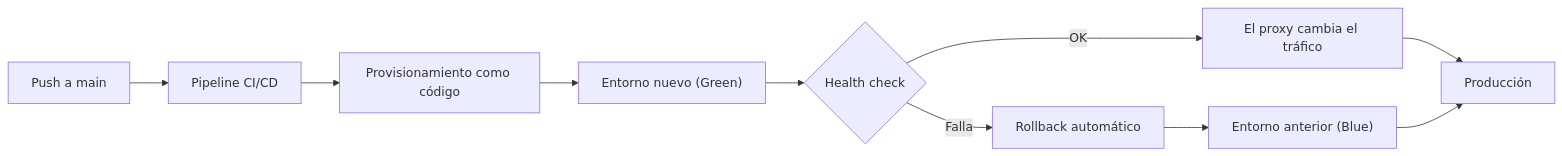
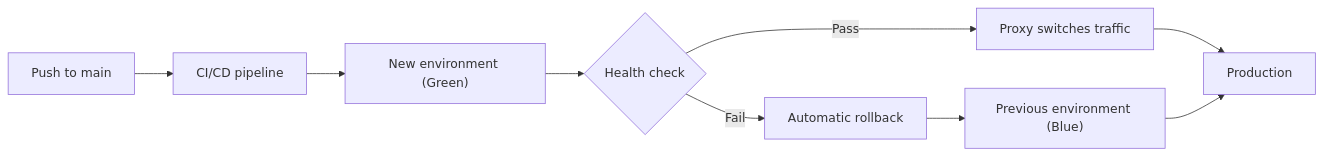
The first of 2 diagrams in README.md (carlosgarcia-tech/carlosgarcia-tech), drawn with Mermaid before and after one commit. The commit also changed other lines of this file, not shown here.

````diff
--- a/README.md
+++ b/README.md
@@ -281,12 +111,11 @@
 ```mermaid
 flowchart LR
-    Dev["Push a main"] --> CI["Pipeline CI/CD"]
-    CI --> IaC["Provisionamiento como código"]
-    IaC --> NEW["Entorno nuevo (Green)"]
+    Dev["Push to main"] --> CI["CI/CD pipeline"]
+    CI --> NEW["New environment (Green)"]
     NEW --> HC{"Health check"}
-    HC -- "OK" --> SW["El proxy cambia el tráfico"]
-    HC -- "Falla" --> RB["Rollback automático"]
-    SW --> LIVE["Producción"]
-    RB --> OLD["Entorno anterior (Blue)"]
+    HC -- "Pass" --> SW["Proxy switches traffic"]
+    HC -- "Fail" --> RB["Automatic rollback"]
+    SW --> LIVE["Production"]
+    RB --> OLD["Previous environment (Blue)"]
     OLD --> LIVE
 ```
````
